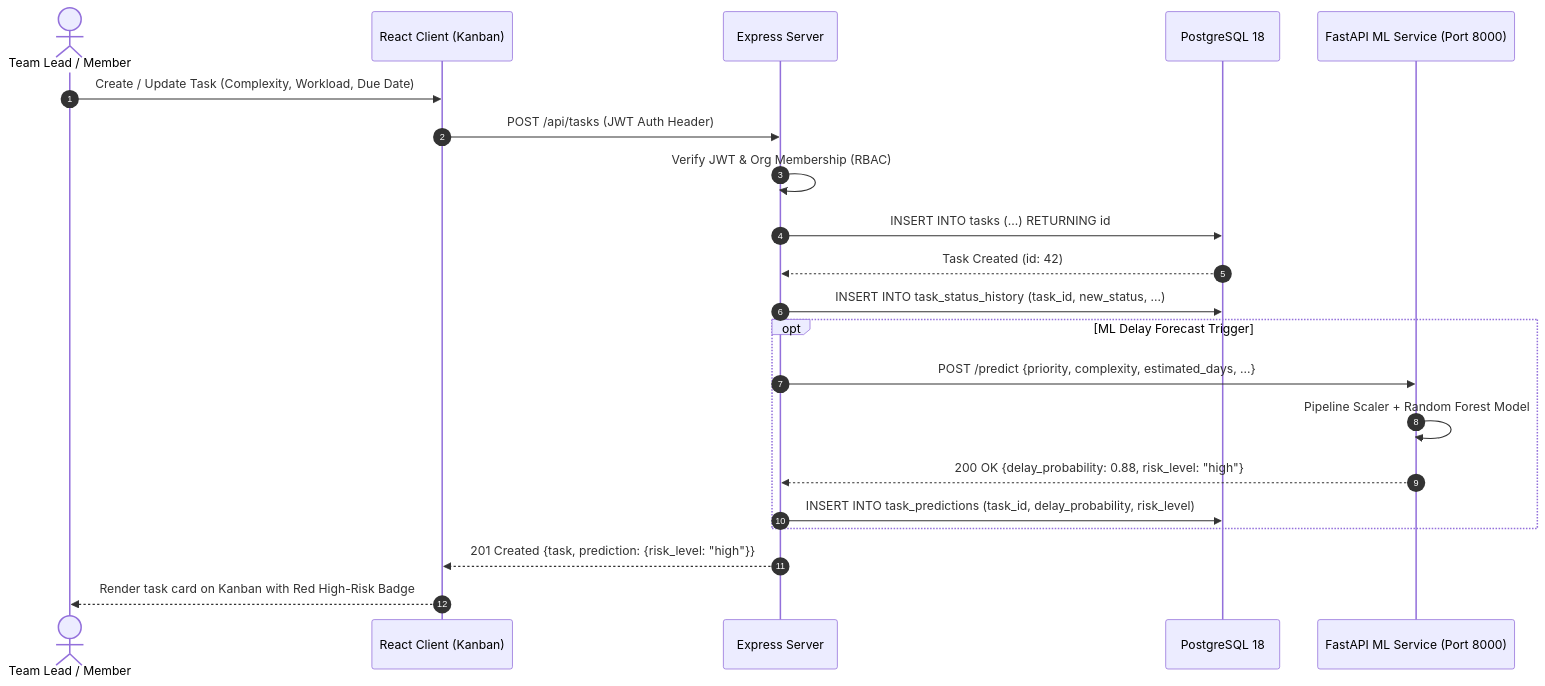
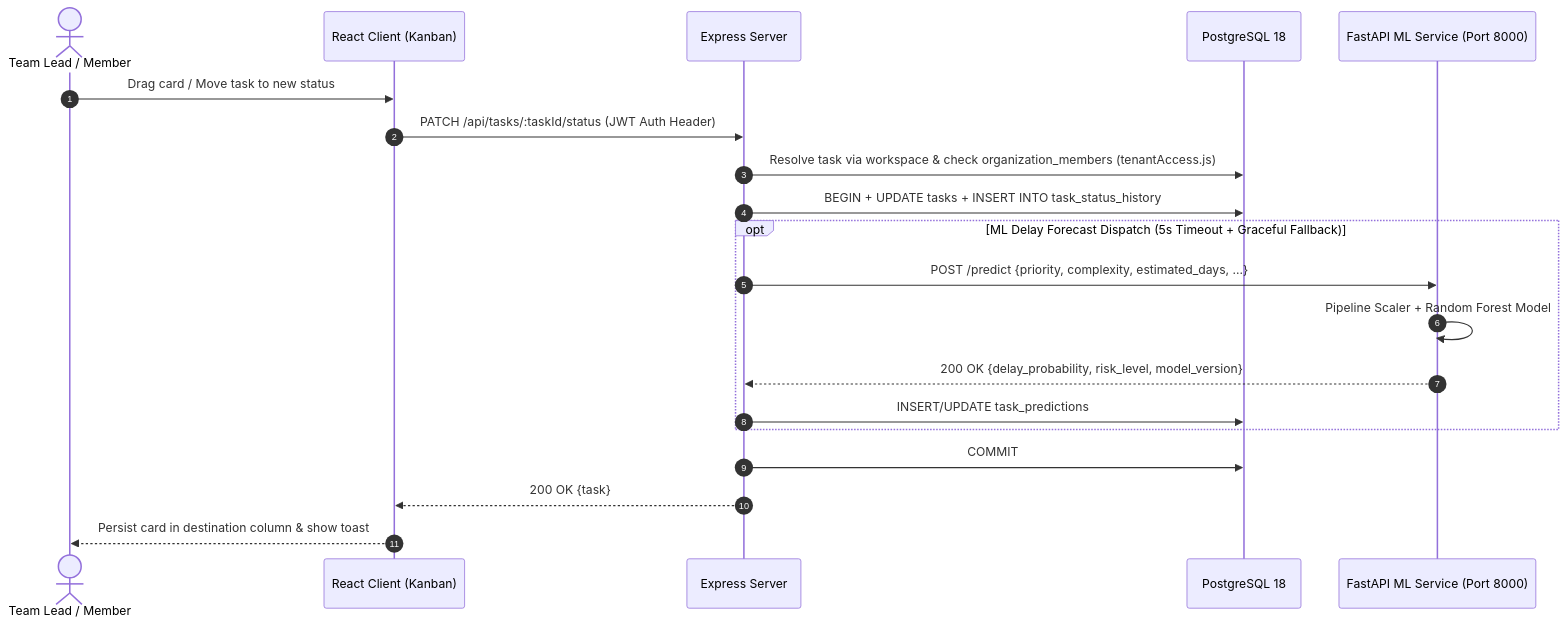
One commit to Shivashankargouda4/ai-workspace-app changed the fourth of 7 diagrams in docs/system_architecture_and_uml.md. Above: the diagram before and after it, drawn with Mermaid. The commit also changed other lines of this file and 7 other files, not shown here.

Commit message:
docs: sync 18 tables, 36 test checks, tenantAccess isolation, and rule-based AI wording

````diff
--- a/docs/system_architecture_and_uml.md
+++ b/docs/system_architecture_and_uml.md
@@ -224,26 +229,25 @@
 ```mermaid
 sequenceDiagram
     autonumber
     actor User as Team Lead / Member
     participant Client as React Client (Kanban)
     participant Server as Express Server
     participant DB as PostgreSQL 18
     participant ML as FastAPI ML Service (Port 8000)
 
-    User->>Client: Create / Update Task (Complexity, Workload, Due Date)
-    Client->>Server: POST /api/tasks (JWT Auth Header)
-    Server->>Server: Verify JWT & Org Membership (RBAC)
-    Server->>DB: INSERT INTO tasks (...) RETURNING id
-    DB-->>Server: Task Created (id: 42)
-    Server->>DB: INSERT INTO task_status_history (task_id, new_status, ...)
+    User->>Client: Drag card / Move task to new status
+    Client->>Server: PATCH /api/tasks/:taskId/status (JWT Auth Header)
+    Server->>DB: Resolve task via workspace & check organization_members (tenantAccess.js)
+    Server->>DB: BEGIN + UPDATE tasks + INSERT INTO task_status_history
 
-    opt ML Delay Forecast Trigger
+    opt ML Delay Forecast Dispatch (5s Timeout + Graceful Fallback)
         Server->>ML: POST /predict {priority, complexity, estimated_days, ...}
         ML->>ML: Pipeline Scaler + Random Forest Model
-        ML-->>Server: 200 OK {delay_probability: 0.88, risk_level: "high"}
-        Server->>DB: INSERT INTO task_predictions (task_id, delay_probability, risk_level)
+        ML-->>Server: 200 OK {delay_probability, risk_level, model_version}
+        Server->>DB: INSERT/UPDATE task_predictions
     end
 
-    Server-->>Client: 201 Created {task, prediction: {risk_level: "high"}}
-    Client-->>User: Render task card on Kanban with Red High-Risk Badge
+    Server->>DB: COMMIT
+    Server-->>Client: 200 OK {task}
+    Client-->>User: Persist card in destination column & show toast
 ```
````
